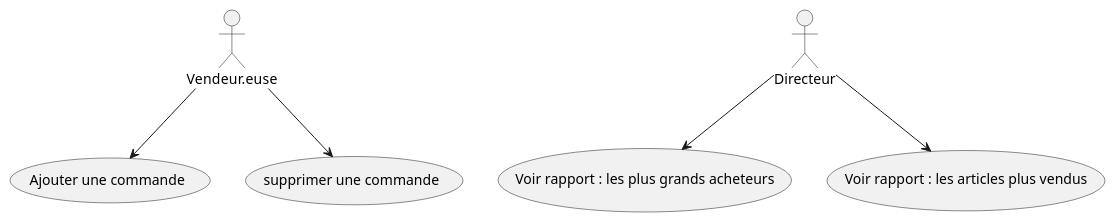
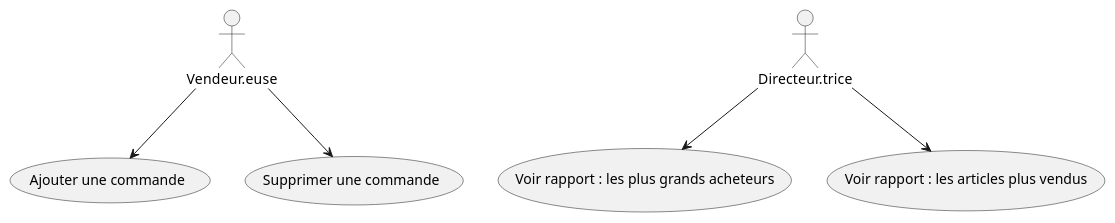
One commit to guteacher/log430-a25-labo2 changed the diagram in docs/uml/use_case.puml. Above: the diagram before and after it, drawn with PlantUML. The commit also changed 11 other files, not shown here.

Commit message:
add comments, improve diagrams and text

```diff
--- a/docs/uml/use_case.puml
+++ b/docs/uml/use_case.puml
@@ -1,6 +1,6 @@
 @startuml
     Vendeur.euse --> (Ajouter une commande)
-    Vendeur.euse --> (supprimer une commande)
-    Directeur --> (Voir rapport : les plus grands acheteurs)
-    Directeur --> (Voir rapport : les articles plus vendus)
+    Vendeur.euse --> (Supprimer une commande)
+    Directeur.trice --> (Voir rapport : les plus grands acheteurs)
+    Directeur.trice --> (Voir rapport : les articles plus vendus)
 @enduml
```
